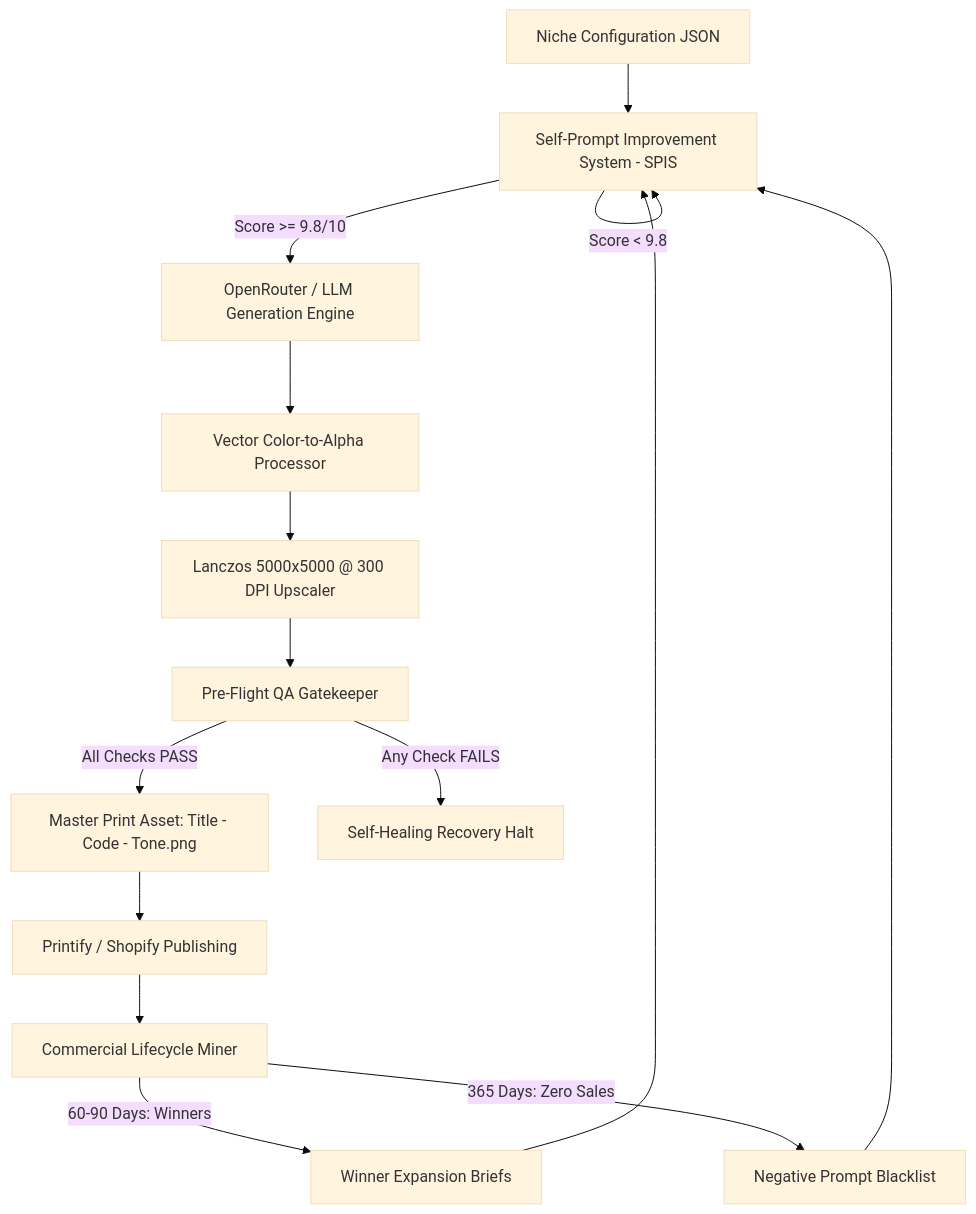
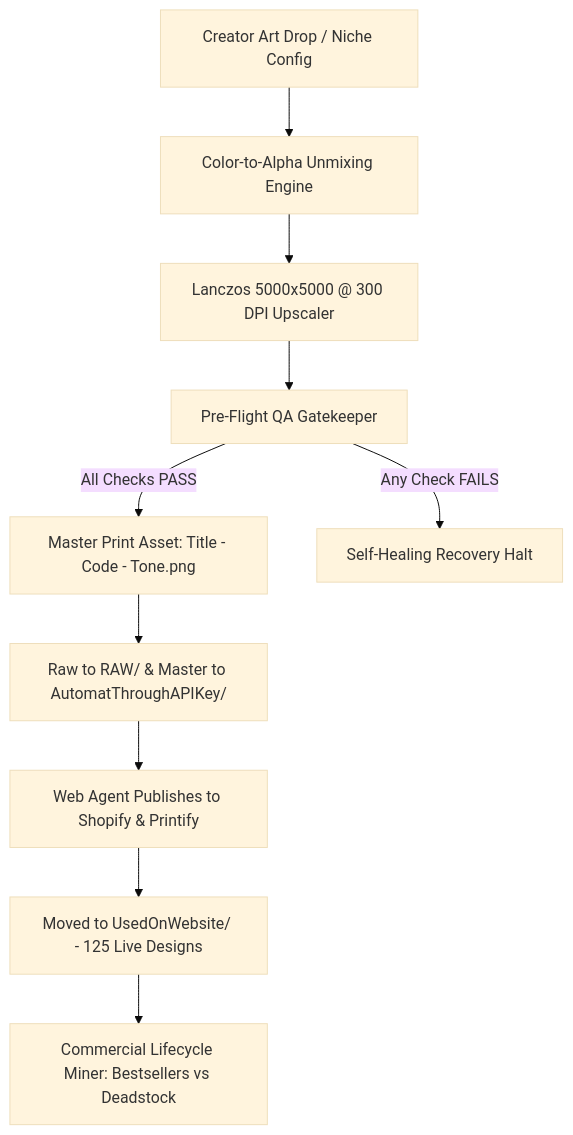
The diagram in README.md (JawadStudioVision/UniversalApparelDesignEngine), drawn with Mermaid (base theme) before and after one commit. The commit also changed other lines of this file, not shown here.

Commit message:
docs: update README with 125 live designs milestone, manual ingestion pipeline, and style synthesis

````diff
--- a/README.md
+++ b/README.md
@@ -26,17 +28,12 @@
 ```mermaid
 graph TD
-    A[Niche Configuration JSON] --> B[Self-Prompt Improvement System - SPIS]
-    B -->|Score >= 9.8/10| C[OpenRouter / LLM Generation Engine]
-    B -->|Score < 9.8| B
-    C --> D[Vector Color-to-Alpha Processor]
-    D --> E[Lanczos 5000x5000 @ 300 DPI Upscaler]
-    E --> F[Pre-Flight QA Gatekeeper]
-    F -->|All Checks PASS| G[Master Print Asset: Title - Code - Tone.png]
-    F -->|Any Check FAILS| H[Self-Healing Recovery Halt]
-    G --> I[Printify / Shopify Publishing]
-    I --> J[Commercial Lifecycle Miner]
-    J -->|60-90 Days: Winners| K[Winner Expansion Briefs]
-    J -->|365 Days: Zero Sales| L[Negative Prompt Blacklist]
-    K --> B
-    L --> B
+    A[Creator Art Drop / Niche Config] --> B[Color-to-Alpha Unmixing Engine]
+    B --> C[Lanczos 5000x5000 @ 300 DPI Upscaler]
+    C --> D[Pre-Flight QA Gatekeeper]
+    D -->|All Checks PASS| E[Master Print Asset: Title - Code - Tone.png]
+    D -->|Any Check FAILS| F[Self-Healing Recovery Halt]
+    E --> G[Raw to RAW/ & Master to AutomatThroughAPIKey/]
+    G --> H[Web Agent Publishes to Shopify & Printify]
+    H --> I[Moved to UsedOnWebsite/ - 125 Live Designs]
+    I --> J[Commercial Lifecycle Miner: Bestsellers vs Deadstock]
 ```
````
